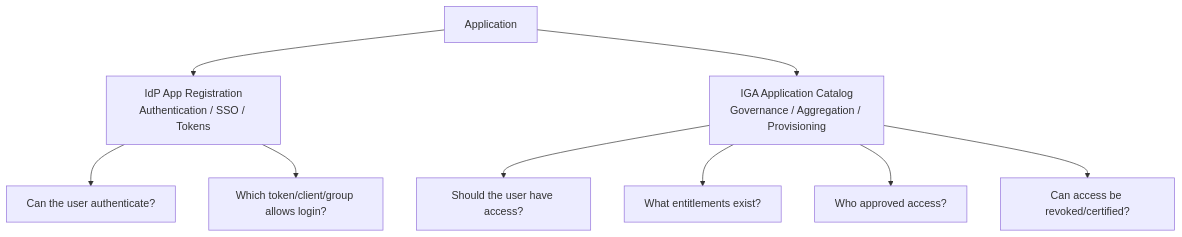
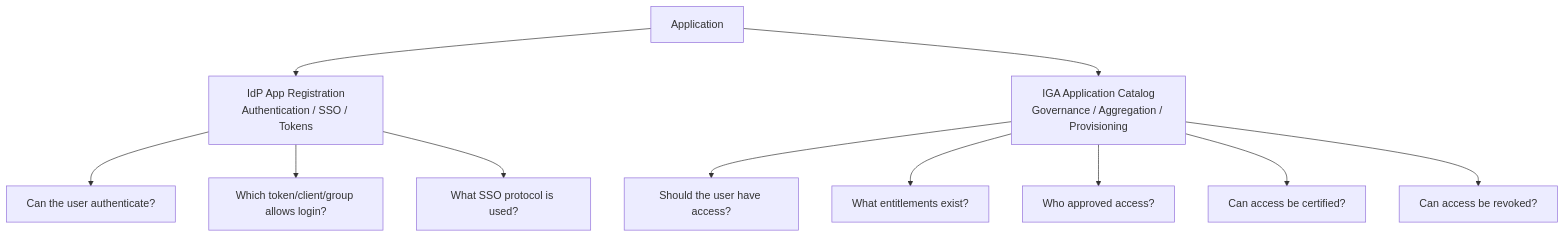
The fifth of 15 diagrams in docs/diagrams.md (i-m-rish/luffy), drawn with Mermaid before and after one commit. The commit also changed other lines of this file, not shown here.

Commit message:
Expand Mermaid diagrams documentation

````diff
--- a/docs/diagrams.md
+++ b/docs/diagrams.md
@@ -77,18 +154,20 @@
 ```mermaid
 flowchart TD
     APP[Application]
 
     IDPREG[IdP App Registration<br/>Authentication / SSO / Tokens]
     IGAREG[IGA Application Catalog<br/>Governance / Aggregation / Provisioning]
 
     APP --> IDPREG
     APP --> IGAREG
 
     IDPREG --> AUTH[Can the user authenticate?]
     IDPREG --> TOKEN[Which token/client/group allows login?]
+    IDPREG --> SSO[What SSO protocol is used?]
 
     IGAREG --> ACCESS[Should the user have access?]
     IGAREG --> ENT[What entitlements exist?]
     IGAREG --> APPROVAL[Who approved access?]
-    IGAREG --> REVOCATION[Can access be revoked/certified?]
+    IGAREG --> CERT[Can access be certified?]
+    IGAREG --> REVOKE[Can access be revoked?]
 ```
````
